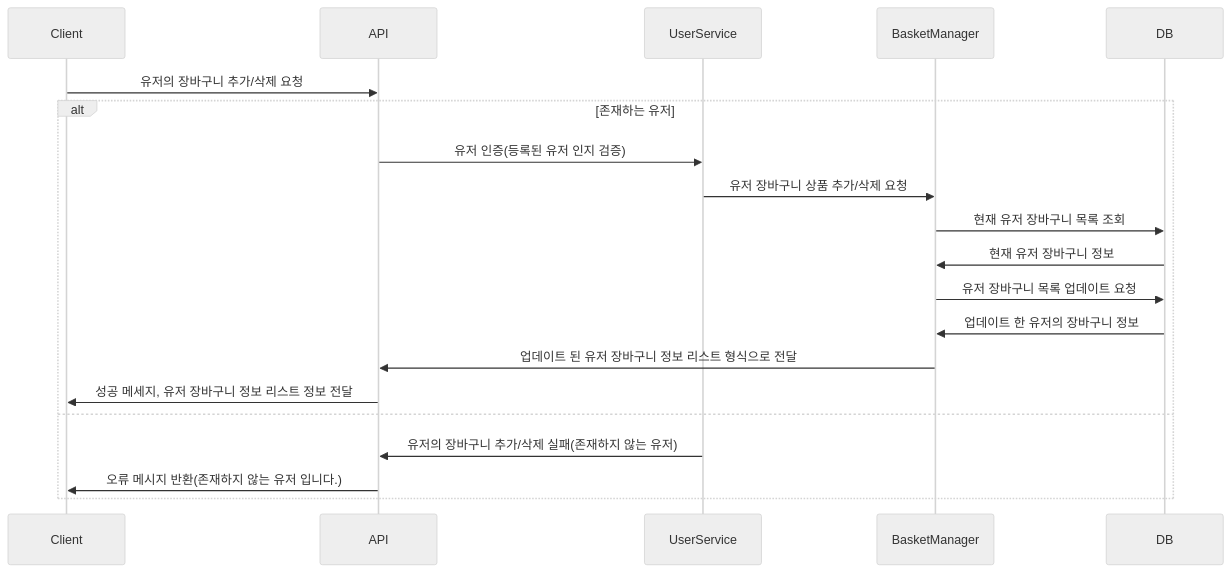
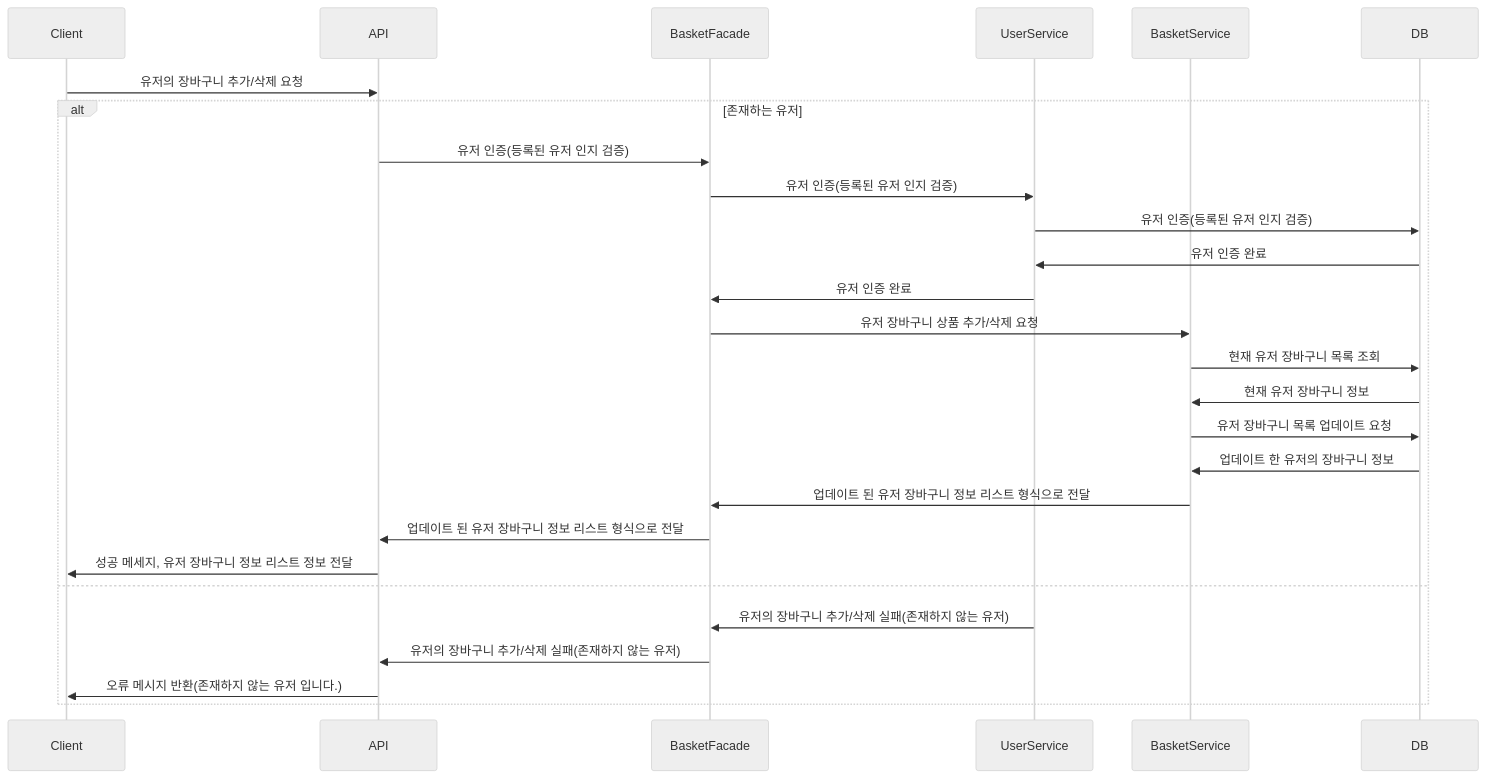
One commit to LeeJeongGi/hhplus-03-ecommerce changed the eighth of 8 diagrams in docs/EventSequence.md. Above: the diagram before and after it, drawn with Mermaid (neutral theme). The commit also changed other lines of this file, not shown here.

Commit message:
feat : 이벤트 시퀀스 재정비, Facade 클래스 추가, Manager -> service 이름 수정, 주문,결제 API 두개로 분리

````diff
--- a/docs/EventSequence.md
+++ b/docs/EventSequence.md
@@ -185,23 +264,30 @@
 ```mermaid
 sequenceDiagram
     participant Client
     participant API
+    participant BasketFacade
     participant UserService
-    participant BasketManager
+    participant BasketService
     participant DB
 
     Client ->> API:유저의 장바구니 추가/삭제 요청
     alt 존재하는 유저
-        API ->> UserService: 유저 인증(등록된 유저 인지 검증)
-        UserService ->> BasketManager: 유저 장바구니 상품 추가/삭제 요청
-        BasketManager ->> DB: 현재 유저 장바구니 목록 조회
-        DB ->> BasketManager: 현재 유저 장바구니 정보
-        BasketManager ->> DB: 유저 장바구니 목록 업데이트 요청
-        DB ->> BasketManager: 업데이트 한 유저의 장바구니 정보
-        BasketManager ->> API: 업데이트 된 유저 장바구니 정보 리스트 형식으로 전달
+        API ->> BasketFacade: 유저 인증(등록된 유저 인지 검증)
+        BasketFacade ->> UserService: 유저 인증(등록된 유저 인지 검증)
+        UserService ->> DB: 유저 인증(등록된 유저 인지 검증)
+        DB ->> UserService: 유저 인증 완료
+        UserService ->> BasketFacade: 유저 인증 완료
+        BasketFacade ->> BasketService: 유저 장바구니 상품 추가/삭제 요청
+        BasketService ->> DB: 현재 유저 장바구니 목록 조회
+        DB ->> BasketService: 현재 유저 장바구니 정보
+        BasketService ->> DB: 유저 장바구니 목록 업데이트 요청
+        DB ->> BasketService: 업데이트 한 유저의 장바구니 정보
+        BasketService ->> BasketFacade: 업데이트 된 유저 장바구니 정보 리스트 형식으로 전달
+        BasketFacade ->> API: 업데이트 된 유저 장바구니 정보 리스트 형식으로 전달
         API ->> Client: 성공 메세지, 유저 장바구니 정보 리스트 정보 전달
     else
-        UserService ->> API: 유저의 장바구니 추가/삭제 실패(존재하지 않는 유저)
+        UserService ->> BasketFacade: 유저의 장바구니 추가/삭제 실패(존재하지 않는 유저)
+        BasketFacade ->> API: 유저의 장바구니 추가/삭제 실패(존재하지 않는 유저)
         API ->> Client: 오류 메시지 반환(존재하지 않는 유저 입니다.)
     end
 ```
````
